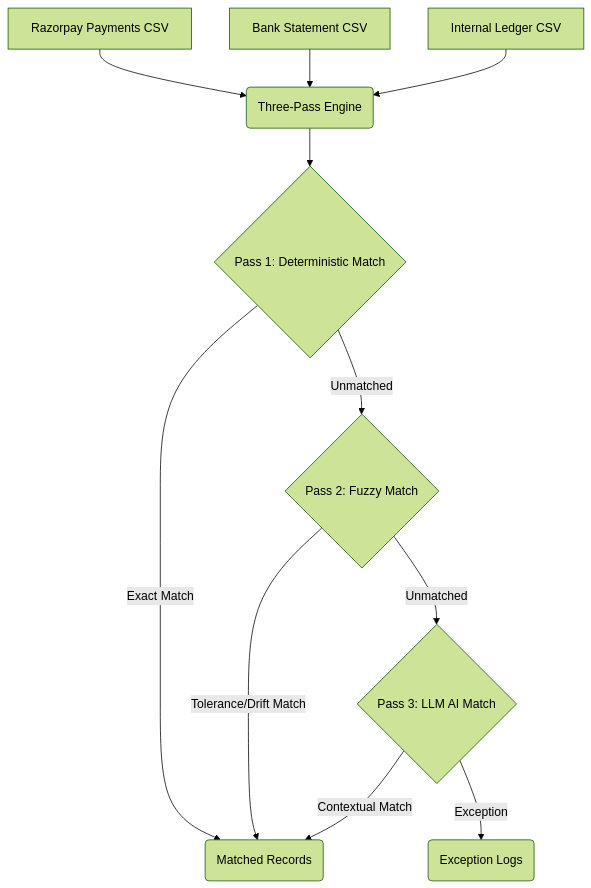
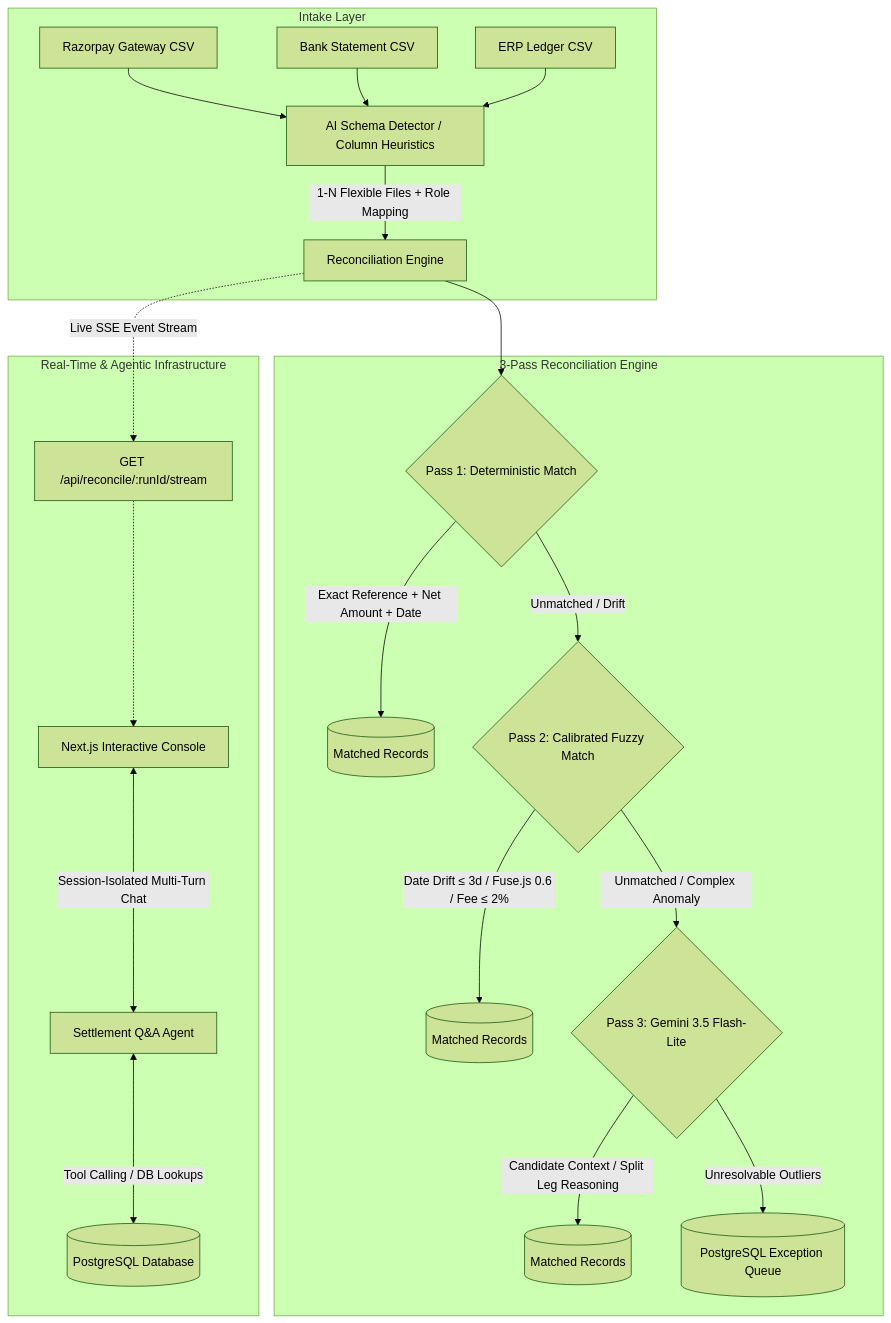
Before and after one commit to vishal-IIT28/Razorpay-Finance-Controller: the diagram in README.md, drawn with Mermaid (forest theme). The commit also changed other lines of this file and 42 other files, not shown here.

````diff
--- a/README.md
+++ b/README.md
@@ -7,13 +11,29 @@
 ```mermaid
 graph TD
-    A[Razorpay Payments CSV] --> D(Three-Pass Engine)
-    B[Bank Statement CSV] --> D
-    C[Internal Ledger CSV] --> D
-    D --> E{Pass 1: Deterministic Match}
-    E -->|Exact Match| M(Matched Records)
-    E -->|Unmatched| F{Pass 2: Fuzzy Match}
-    F -->|Tolerance/Drift Match| M
-    F -->|Unmatched| G{Pass 3: LLM AI Match}
-    G -->|Contextual Match| M
-    G -->|Exception| X(Exception Logs)
+    subgraph Intake Layer
+        A1[Razorpay Gateway CSV] --> DET[AI Schema Detector / Column Heuristics]
+        A2[Bank Statement CSV] --> DET
+        A3[ERP Ledger CSV] --> DET
+        DET -->|1-N Flexible Files + Role Mapping| PIPE[Reconciliation Engine]
+    end
+
+    subgraph 3-Pass Reconciliation Engine
+        PIPE --> P1{Pass 1: Deterministic Match}
+        P1 -->|Exact Reference + Net Amount + Date| M1[(Matched Records)]
+        P1 -->|Unmatched / Drift| P2{Pass 2: Calibrated Fuzzy Match}
+        
+        P2 -->|Date Drift ≤ 3d / Fuse.js 0.6 / Fee ≤ 2%| M2[(Matched Records)]
+        P2 -->|Unmatched / Complex Anomaly| P3{Pass 3: Gemini 3.5 Flash-Lite}
+
+        P3 -->|Candidate Context / Split Leg Reasoning| M3[(Matched Records)]
+        P3 -->|Unresolvable Outliers| EX[(PostgreSQL Exception Queue)]
+    end
+
+    subgraph Real-Time & Agentic Infrastructure
+        PIPE -.->|Live SSE Event Stream| SSE[GET /api/reconcile/:runId/stream]
+        SSE -.-> UI[Next.js Interactive Console]
+        
+        UI <-->|Session-Isolated Multi-Turn Chat| AGENT[Settlement Q&A Agent]
+        AGENT <-->|Tool Calling / DB Lookups| DB[(PostgreSQL Database)]
+    end
 ```
````
